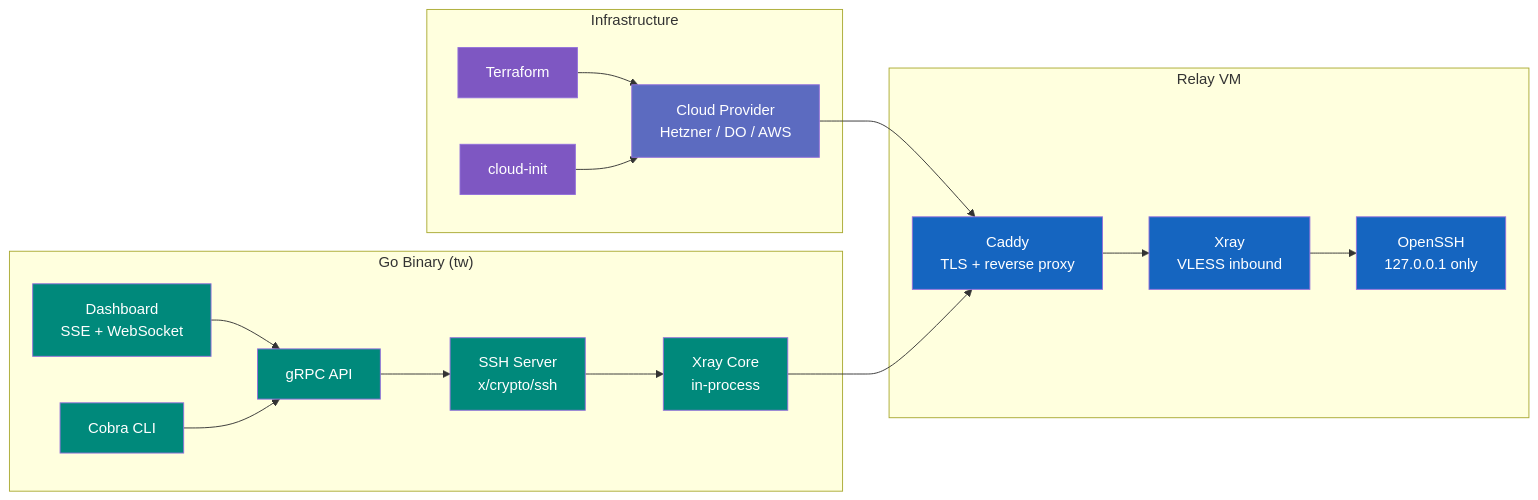
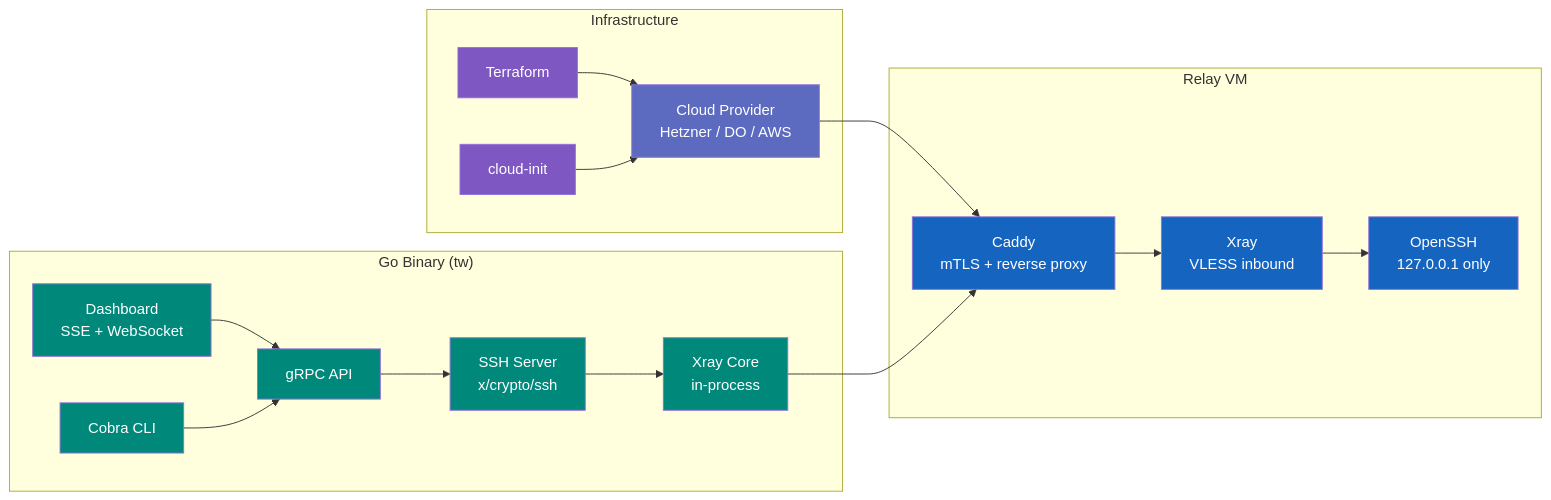
The second of 2 diagrams in docs/architecture/solution-strategy.md (Tunnel-Whisperer/Tunnel-Whisperer), drawn with Mermaid before and after one commit. The commit also changed other lines of this file and 34 other files, not shown here.

````diff
--- a/docs/architecture/solution-strategy.md
+++ b/docs/architecture/solution-strategy.md
@@ -30,45 +30,45 @@
 ```mermaid
 graph LR
     subgraph "Infrastructure"
         TF[Terraform]
         CI[cloud-init]
         CLOUD[Cloud Provider<br/>Hetzner / DO / AWS]
     end
 
     subgraph "Relay VM"
-        CADDY[Caddy<br/>TLS + reverse proxy]
+        CADDY[Caddy<br/>mTLS + reverse proxy]
         XRAY_R[Xray<br/>VLESS inbound]
         OSSH[OpenSSH<br/>127.0.0.1 only]
     end
 
     subgraph "Go Binary (tw)"
         XRAY[Xray Core<br/>in-process]
         SSHD[SSH Server<br/>x/crypto/ssh]
         GRPC[gRPC API]
         DASH[Dashboard<br/>SSE + WebSocket]
         COBRA[Cobra CLI]
     end
 
     TF --> CLOUD
     CI --> CLOUD
     CLOUD --> CADDY
     CADDY --> XRAY_R
     XRAY_R --> OSSH
     XRAY --> CADDY
     SSHD --> XRAY
     GRPC --> SSHD
     DASH --> GRPC
     COBRA --> GRPC
 
     style TF fill:#7E57C2,color:#fff
     style CI fill:#7E57C2,color:#fff
     style CLOUD fill:#5C6BC0,color:#fff
     style CADDY fill:#1565C0,color:#fff
     style XRAY_R fill:#1565C0,color:#fff
     style OSSH fill:#1565C0,color:#fff
     style XRAY fill:#00897B,color:#fff
     style SSHD fill:#00897B,color:#fff
     style GRPC fill:#00897B,color:#fff
     style DASH fill:#00897B,color:#fff
     style COBRA fill:#00897B,color:#fff
 ```
````
